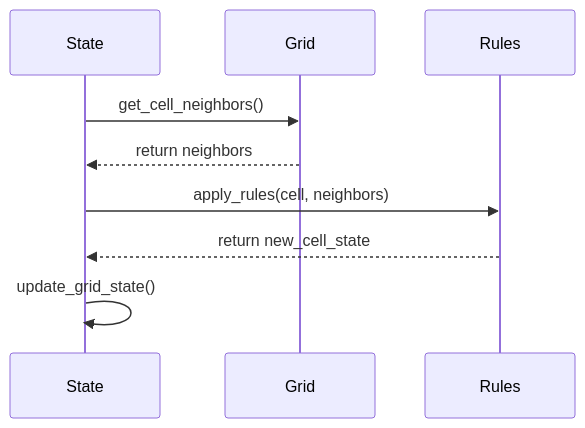
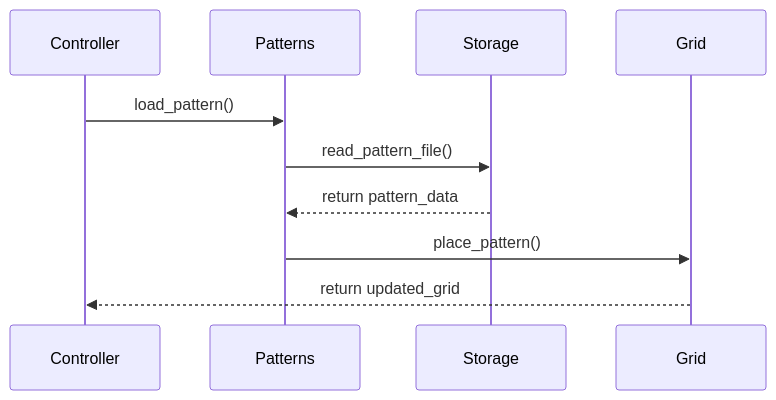
Before and after one commit to dewe/py-gol: the third of 6 diagrams in docs/diagrams.md, drawn with Mermaid. The commit also changed other lines of this file and 3 other files, not shown here.

First line of the commit message:
docs(architecture): update documentation to reflect functional implementation

````diff
--- a/docs/diagrams.md
+++ b/docs/diagrams.md
@@ -63,12 +52,13 @@
 ```mermaid
 sequenceDiagram
-    participant State
+    participant Controller
+    participant Patterns
+    participant Storage
     participant Grid
-    participant Rules
     
-    State->>Grid: get_cell_neighbors()
-    Grid-->>State: return neighbors
-    State->>Rules: apply_rules(cell, neighbors)
-    Rules-->>State: return new_cell_state
-    State->>State: update_grid_state()
+    Controller->>Patterns: load_pattern()
+    Patterns->>Storage: read_pattern_file()
+    Storage-->>Patterns: return pattern_data
+    Patterns->>Grid: place_pattern()
+    Grid-->>Controller: return updated_grid
 ```
````
